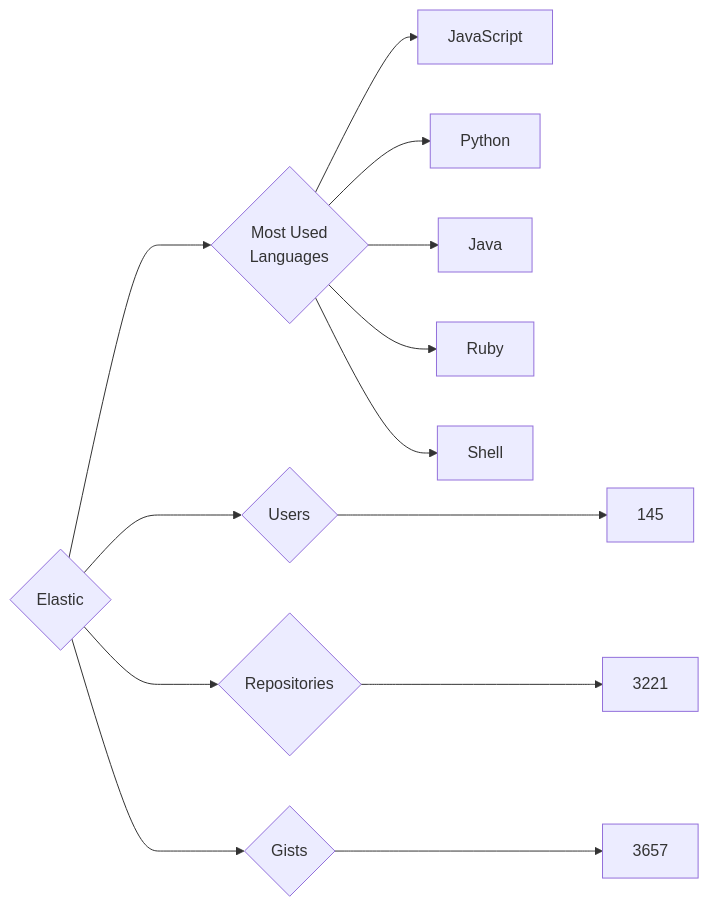
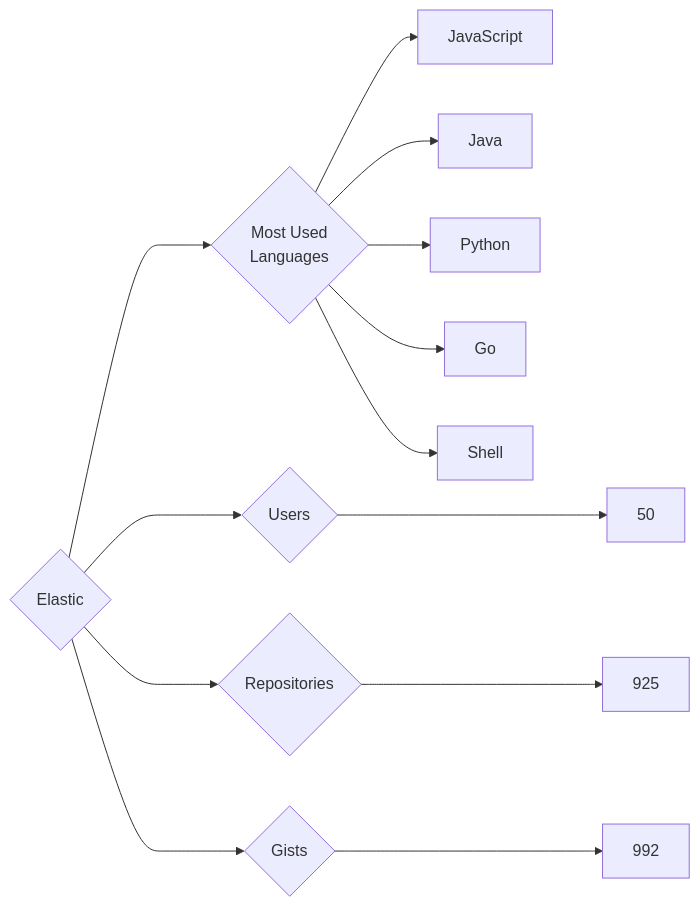
Before and after one commit to trickest/insiders: the diagram in targets/Elastic/README.md, drawn with Mermaid. The commit also changed 1314 other files, not shown here.

````diff
--- a/targets/Elastic/README.md
+++ b/targets/Elastic/README.md
@@ -3,13 +3,13 @@
 ```mermaid
 graph LR
 COMPANY_NAME{Elastic}
-COMPANY_NAME ---> U{Users} ---> UN[145]
-COMPANY_NAME ---> R{Repositories} ---> RN[3221]
-COMPANY_NAME ---> G{Gists} ---> GN[3657]
+COMPANY_NAME ---> U{Users} ---> UN[50]
+COMPANY_NAME ---> R{Repositories} ---> RN[925]
+COMPANY_NAME ---> G{Gists} ---> GN[992]
 COMPANY_NAME ---> ML{Most Used<br>Languages}
 ML --> JavaScript[JavaScript]
+ML --> Java[Java]
 ML --> Python[Python]
-ML --> Java[Java]
-ML --> Ruby[Ruby]
+ML --> Go[Go]
 ML --> Shell[Shell]
 ```
````
